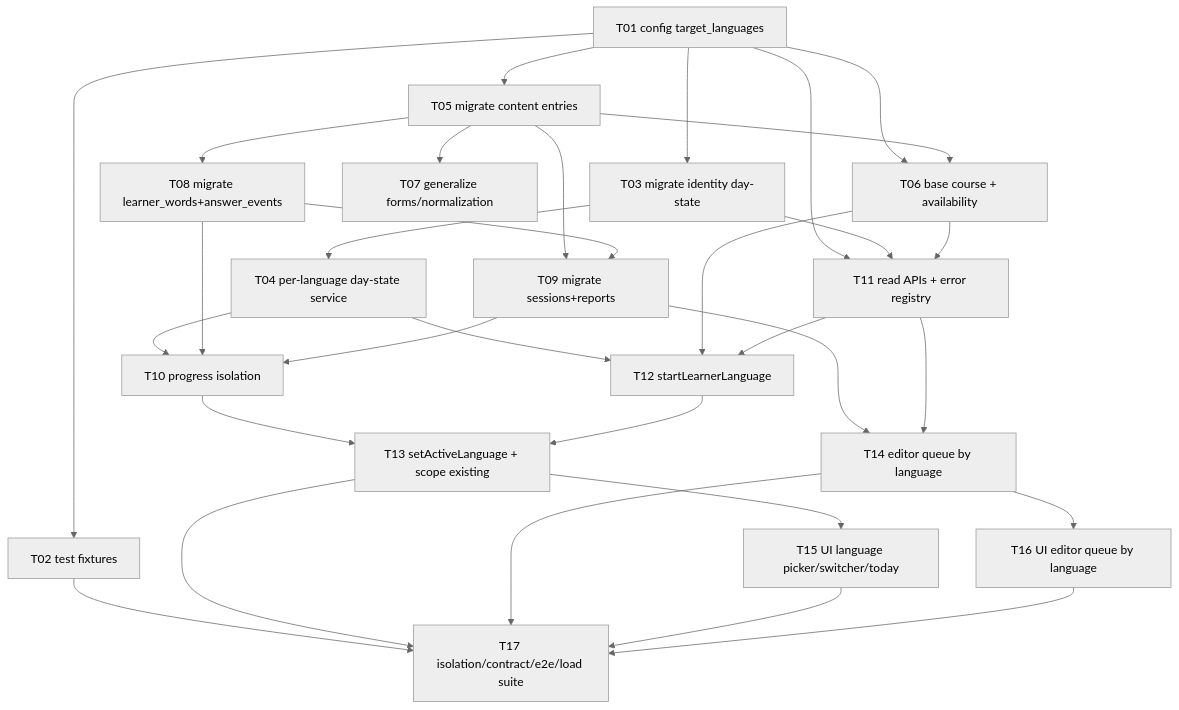
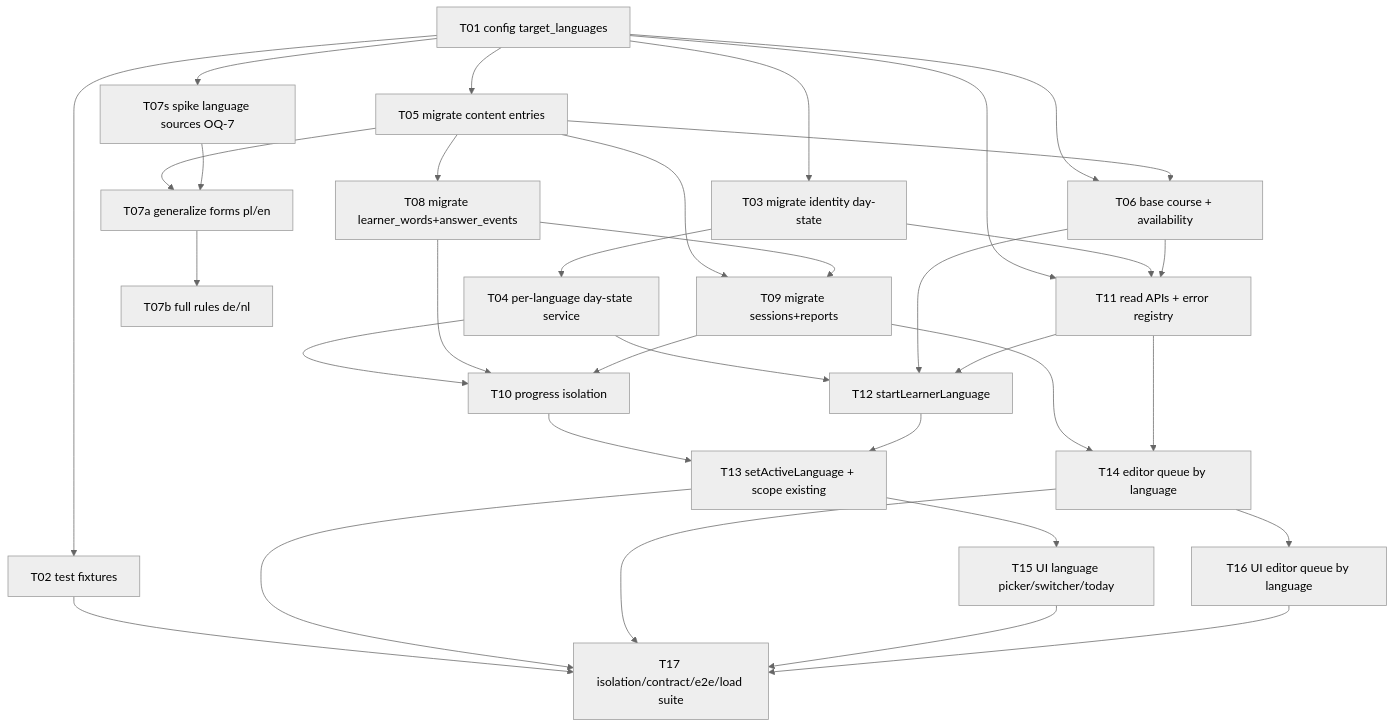
Before and after one commit to HeliosPersonal/constant-learning: the diagram in docs/features/multi-target-languages/tasks/_epic.md, drawn with Mermaid (neutral theme). The commit also changed other lines of this file and 11 other files, not shown here.

````diff
--- a/docs/features/multi-target-languages/tasks/_epic.md
+++ b/docs/features/multi-target-languages/tasks/_epic.md
@@ -45,33 +45,36 @@
 ```mermaid
 flowchart TD
     T01[T01 config target_languages] --> T02[T02 test fixtures]
     T01 --> T03[T03 migrate identity day-state]
     T01 --> T05[T05 migrate content entries]
     T03 --> T04[T04 per-language day-state service]
     T01 --> T06[T06 base course + availability]
     T05 --> T06
-    T05 --> T07[T07 generalize forms/normalization]
+    T01 --> T07s[T07s spike language sources OQ-7]
+    T05 --> T07a[T07a generalize forms pl/en]
+    T07s --> T07a
+    T07a --> T07b[T07b full rules de/nl]
     T05 --> T08[T08 migrate learner_words+answer_events]
     T05 --> T09[T09 migrate sessions+reports]
     T08 --> T09
     T04 --> T10[T10 progress isolation]
     T08 --> T10
     T09 --> T10
     T01 --> T11[T11 read APIs + error registry]
     T03 --> T11
     T06 --> T11
     T04 --> T12[T12 startLearnerLanguage]
     T06 --> T12
     T11 --> T12
     T10 --> T13[T13 setActiveLanguage + scope existing]
     T12 --> T13
     T09 --> T14[T14 editor queue by language]
     T11 --> T14
     T13 --> T15[T15 UI language picker/switcher/today]
     T14 --> T16[T16 UI editor queue by language]
     T02 --> T17[T17 isolation/contract/e2e/load suite]
     T13 --> T17
     T14 --> T17
     T15 --> T17
     T16 --> T17
 ```
````
